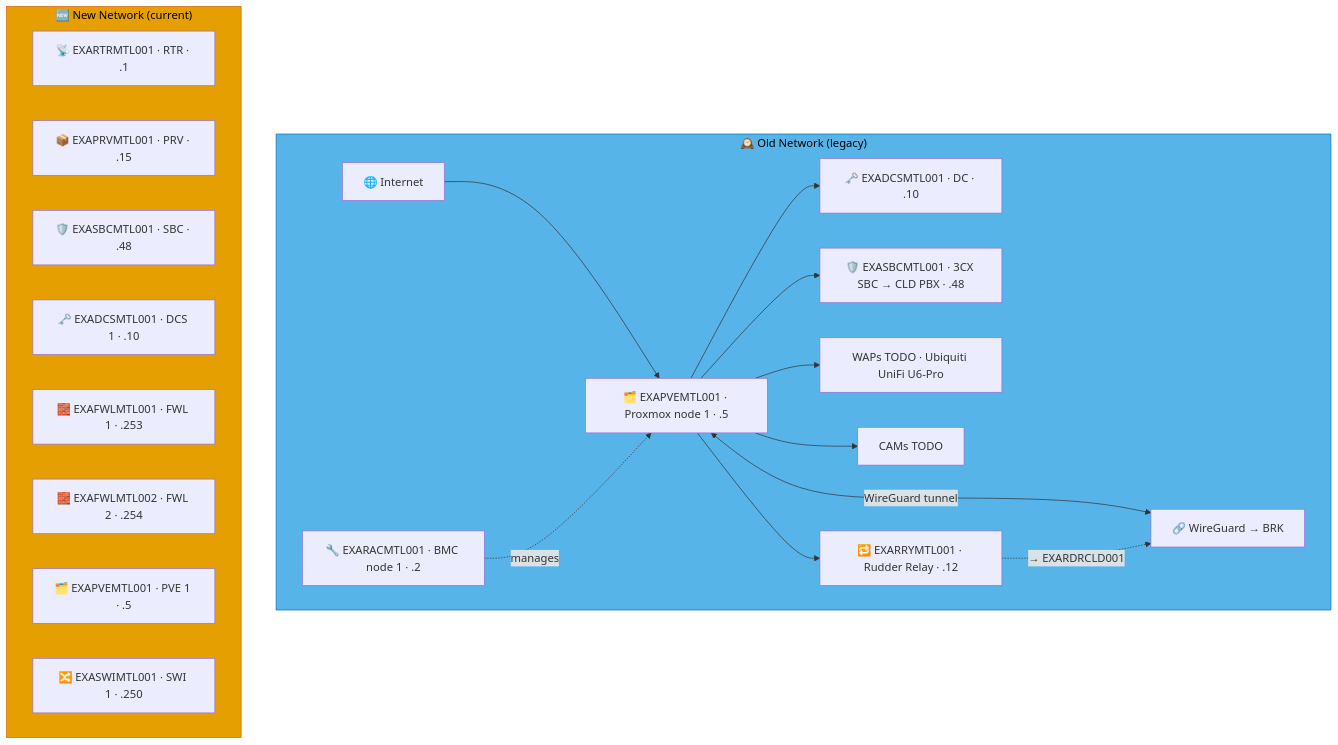
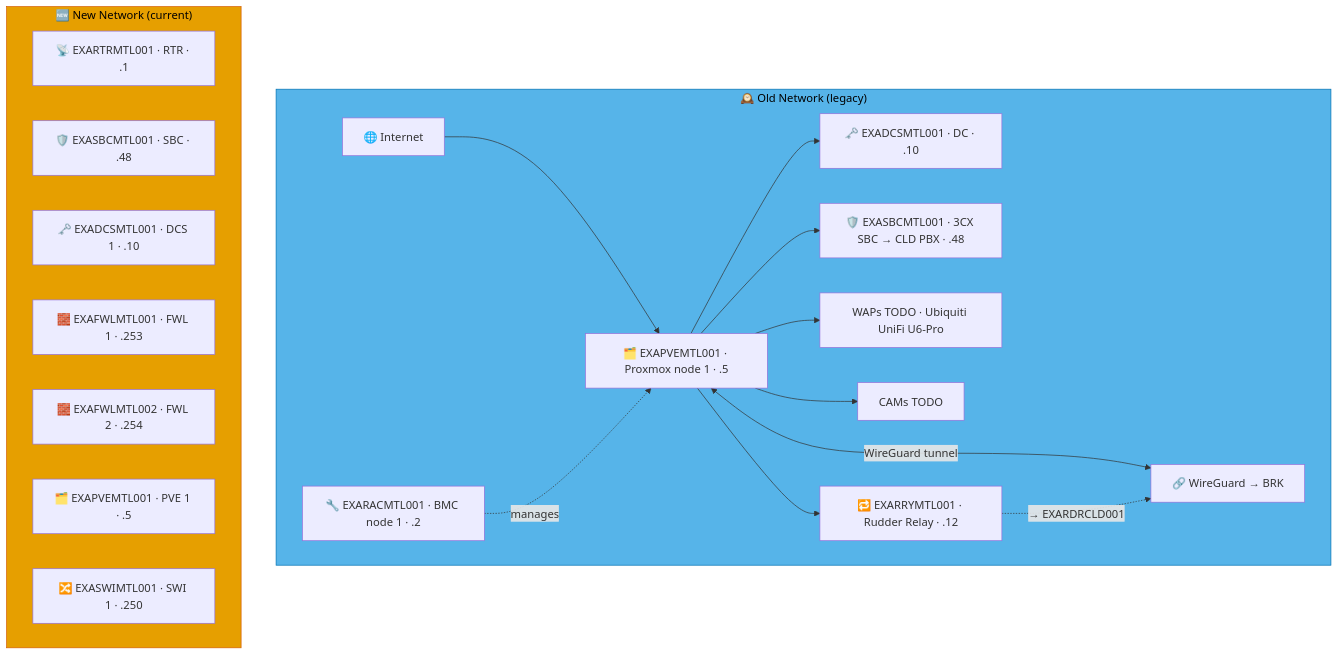
Before and after one commit to knightmare2600/example_music_infra: the third of 3 diagrams in docs/network-diagram/canada.md, drawn with Mermaid. The commit also changed other lines of this file and 55 other files, not shown here.

````diff
--- a/docs/network-diagram/canada.md
+++ b/docs/network-diagram/canada.md
@@ -137,36 +135,35 @@
 ```mermaid
 graph TD
     subgraph OLD_MTL ["🕰️ Old Network (legacy)"]
       INET["🌐 Internet"]
       RAC["🔧 EXARACMTL001 · BMC node 1 · .2"]
       PVE["🗂️ EXAPVEMTL001 · Proxmox node 1 · .5"]
       DC["🗝️ EXADCSMTL001 · DC · .10"]
       SBC["🛡️ EXASBCMTL001 · 3CX SBC → CLD PBX · .48"]
       RRY["🔁 EXARRYMTL001 · Rudder Relay · .12"]
       WAP["WAPs TODO · Ubiquiti UniFi U6-Pro"]
       CAM["CAMs TODO"]
       VPN["🔗 WireGuard → BRK"]
 
       INET --> PVE --> DC & SBC
       RAC -.->|"manages"| PVE
       PVE --> WAP & CAM
       PVE <-->|"WireGuard tunnel"| VPN
 
       PVE --> RRY
       RRY -. "→ EXARDRCLD001" .-> VPN
     end
     style OLD_MTL fill:#56B4E9,stroke:#0072B2,color:#000000
     %% GENERATED:NEW-NETWORK:MTL:START
     subgraph NEW_MTL ["🆕 New Network (current)"]
       N_RTR["📡 EXARTRMTL001 · RTR · .1"]
-      N_PRV["📦 EXAPRVMTL001 · PRV · .15"]
       N_SBC["🛡️ EXASBCMTL001 · SBC · .48"]
       N_DCS["🗝️ EXADCSMTL001 · DCS 1 · .10"]
       N_FWL["🧱 EXAFWLMTL001 · FWL 1 · .253"]
       N_FWL2["🧱 EXAFWLMTL002 · FWL 2 · .254"]
       N_PVE["🗂️ EXAPVEMTL001 · PVE 1 · .5"]
       N_SWI["🔀 EXASWIMTL001 · SWI 1 · .250"]
     end
     style NEW_MTL fill:#E69F00,stroke:#D55E00,color:#000000
     %% GENERATED:NEW-NETWORK:MTL:END
 ```
````
